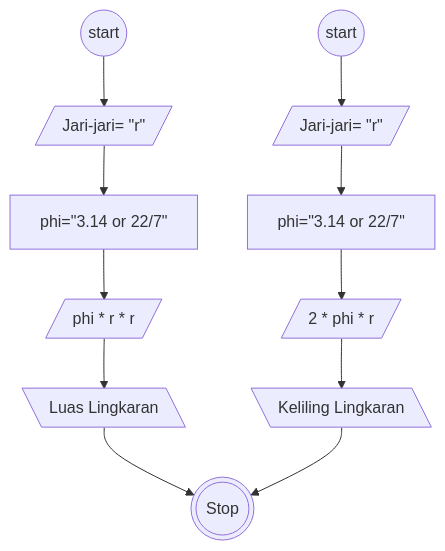
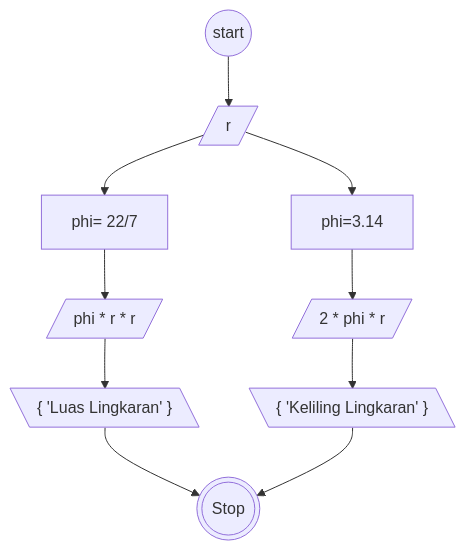
The diagram in luas-dan-keliling.md (MuhammadWahyuPratama/koda-b8-algoritma), drawn with Mermaid before and after one commit. The commit also changed other lines of this file, not shown here.

````diff
--- a/luas-dan-keliling.md
+++ b/luas-dan-keliling.md
@@ -22,24 +22,14 @@
 ```mermaid
 flowchart TD
 a@{shape: circle, label : "start"}
-b@{shape: lean-r, label : Jari-jari= "r"}
-c@{shape: rect, label : phi="3.14 or 22/7"}
+b@{shape: lean-r, label : r}
+c@{shape: rect, label : phi= 22/7 }
 d@{shape: lean-r , label: phi * r * r}
-e@{shape: lean-l , label: "Luas Lingkaran"}
-
-
-
-h@{shape: circle, label : "start"}
-i@{shape: lean-r, label : Jari-jari= "r"}
-j@{shape: rect, label : phi="3.14 or 22/7"}
+e@{shape: lean-l , label: "{ 'Luas Lingkaran' }"}
+j@{shape: rect, label : phi=3.14}
 k@{shape: lean-r , label: "2 * phi * r"}
-l@{shape: lean-l , label: "Keliling Lingkaran"}
-
+l@{shape: lean-l , label: "{ 'Keliling Lingkaran' }"}
 m@{shape: dbl-circ, label: "Stop"}
-a-->b-->c-->d-->e
-
-h-->i-->j-->k-->l
-
-e-->m
-l-->m
+a-->b-->c-->d-->e-->m
+b-->j-->k-->l-->m
 ```
````
